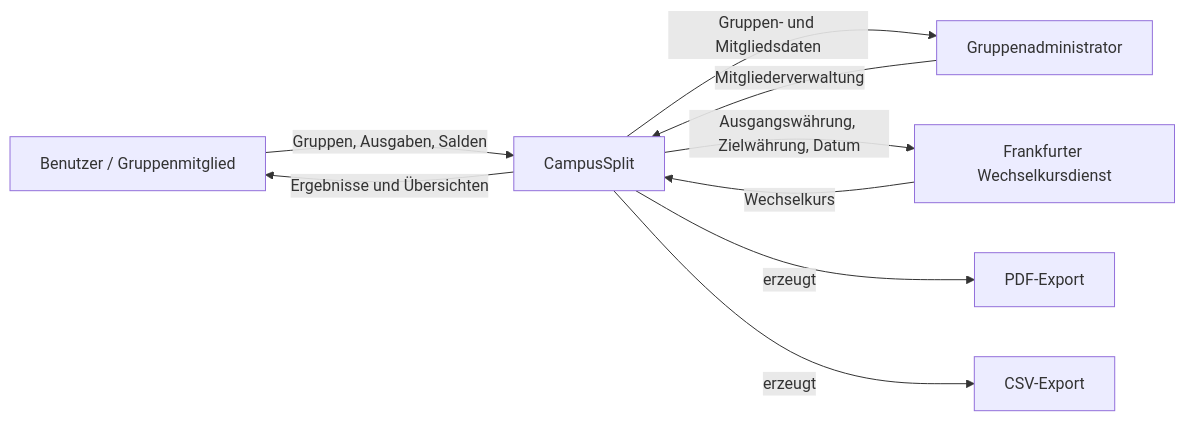
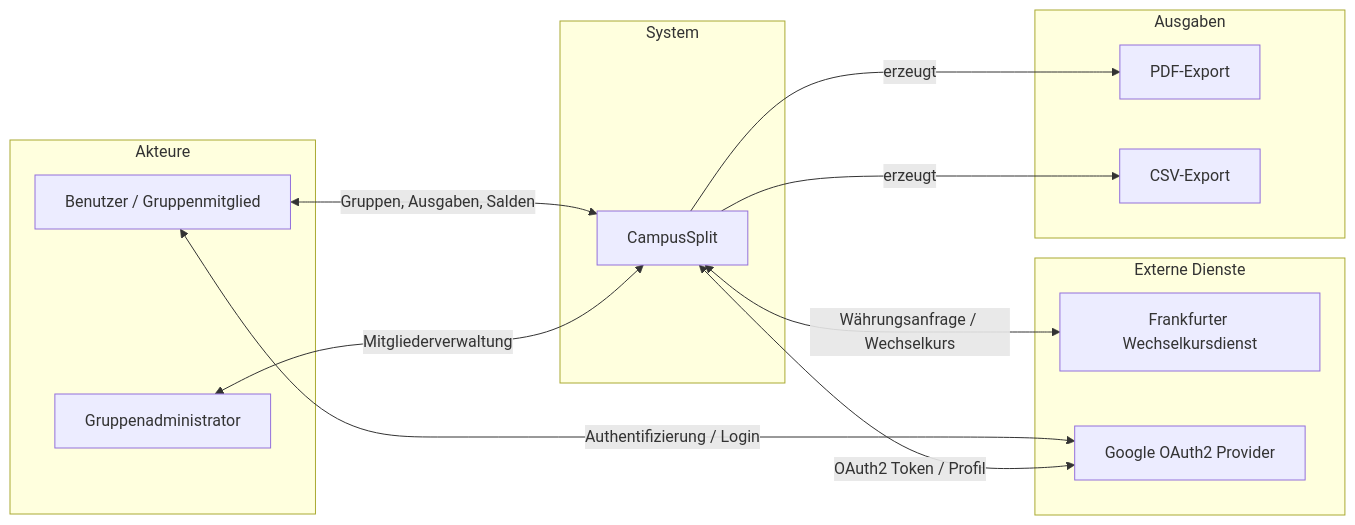
Before and after one commit to Bunyamin0101/WK_1106_CampusSplit: the first of 3 diagrams in Architektur/A03-context-and-scope.md, drawn with Mermaid. The commit also changed other lines of this file, not shown here.

Commit message:
Integrate Google OAuth2 for user authentication
Added Google OAuth2 as an authentication service and updated relevant diagrams and data flows.

````diff
--- a/Architektur/A03-context-and-scope.md
+++ b/Architektur/A03-context-and-scope.md
@@ -16,21 +16,34 @@
 ```mermaid
 flowchart LR
-    USER[Benutzer / Gruppenmitglied]
-    ADMIN[Gruppenadministrator]
-    CS[CampusSplit]
-    FX[Frankfurter Wechselkursdienst]
-    PDF[PDF-Export]
-    CSV[CSV-Export]
+    subgraph AKTEURE[Akteure]
+        USER[Benutzer / Gruppenmitglied]
+        ADMIN[Gruppenadministrator]
+    end
 
-    USER -->|Gruppen, Ausgaben, Salden| CS
-    CS -->|Ergebnisse und Übersichten| USER
+    subgraph SYSTEM[System]
+        CS[CampusSplit]
+    end
 
-    ADMIN -->|Mitgliederverwaltung| CS
-    CS -->|Gruppen- und Mitgliedsdaten| ADMIN
+    subgraph DIENSTE[Externe Dienste]
+        FX[Frankfurter Wechselkursdienst]
+        AUTH[Google OAuth2 Provider]
+    end
 
-    CS -->|Ausgangswährung, Zielwährung, Datum| FX
-    FX -->|Wechselkurs| CS
+    subgraph EXPORTS[Ausgaben]
+        PDF[PDF-Export]
+        CSV[CSV-Export]
+    end
 
+    %% Akteure Interaktion
+    USER <-->|Gruppen, Ausgaben, Salden| CS
+    USER <-->|Authentifizierung / Login| AUTH
+    ADMIN <-->|Mitgliederverwaltung| CS
+
+    %% Externe Dienste
+    CS <-->|Währungsanfrage / Wechselkurs| FX
+    CS <-->|OAuth2 Token / Profil| AUTH
+
+    %% Exporte
     CS -->|erzeugt| PDF
     CS -->|erzeugt| CSV
 ```
````
